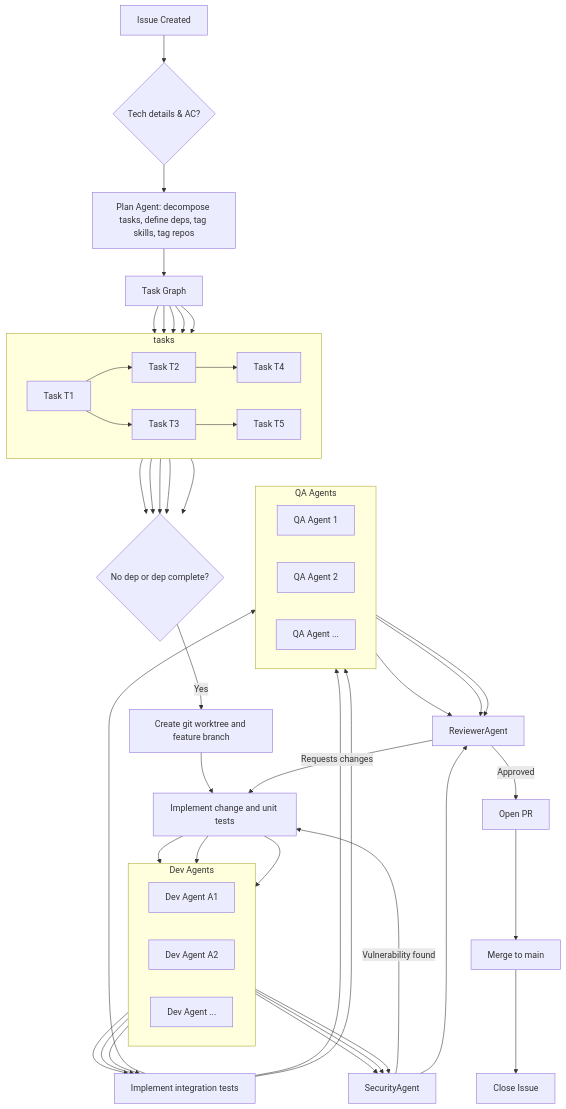
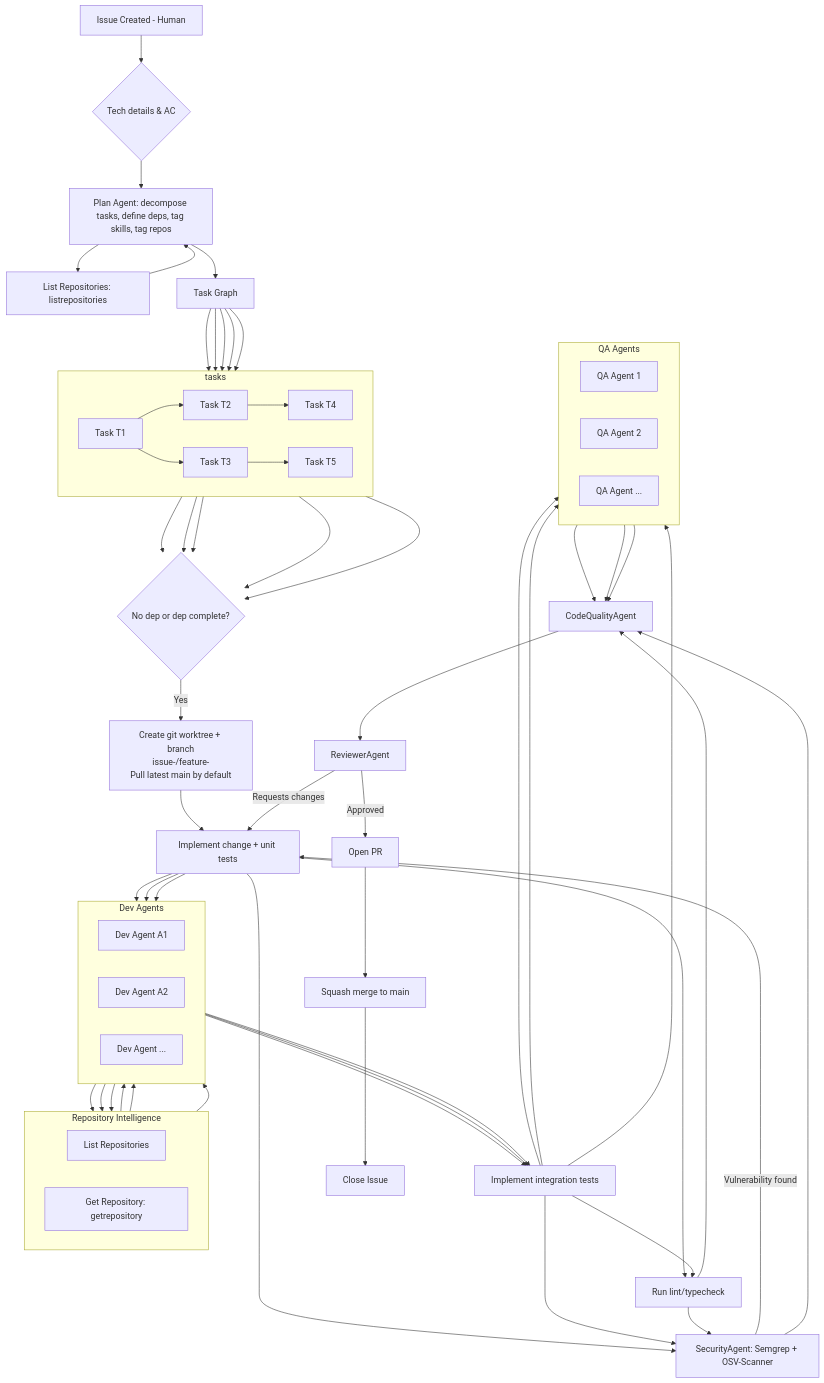
One commit to colbytimm/opencodeloom changed the diagram in .opencode/context/AGENTIC_FLOW.md. Above: the diagram before and after it, drawn with Mermaid. The commit also changed other lines of this file and 16 other files, not shown here.

````diff
--- a/.opencode/context/AGENTIC_FLOW.md
+++ b/.opencode/context/AGENTIC_FLOW.md
@@ -5,7 +5,16 @@
 ```mermaid
 flowchart TD
-  I[Issue Created] --> D{Tech details & AC?}
+  I[Issue Created - Human] --> D{Tech details & AC}
   D --> P[Plan Agent: decompose tasks, define deps, tag skills, tag repos]
+
+  %% Repository awareness
+  P --> LR[List Repositories: listrepositories]
+  LR --> P
+  subgraph repo_discovery[Repository Intelligence]
+    direction LR
+    LR2[List Repositories]
+    GR[Get Repository: getrepository]
+  end
 
   P --> TG[Task Graph]
   subgraph tasks
@@ -21,13 +30,21 @@
   TG --> T4
   TG --> T5
 
+  %% Implementers discover specialization from repositories
   subgraph implementers[Dev Agents]
     direction LR
     A1[Dev Agent A1]
     A2[Dev Agent A2]
     A3[Dev Agent ...]
   end
+  A1 --> GR
+  A2 --> GR
+  A3 --> GR
+  GR --> A1
+  GR --> A2
+  GR --> A3
 
+  %% Dependency-driven pickup
   G{No dep or dep complete?}
   T1 --> G
   T2 --> G
@@ -35,8 +52,8 @@
   T4 --> G
   T5 --> G
 
-  G -- Yes --> WT[Create git worktree and feature branch]
-  WT --> IMP[Implement change and unit tests]
+  G -- Yes --> WT[Create git worktree + branch\nissue-<id>/feature-<slug>\nPull latest main by default]
+  WT --> IMP[Implement change + unit tests]
 
   IMP --> A1
   IMP --> A2
@@ -45,6 +62,10 @@
   A1 --> INTEG[Implement integration tests]
   A2 --> INTEG
   A3 --> INTEG
+
+  LINT[Run lint/typecheck]
+  IMP --> LINT
+  INTEG --> LINT
 
   subgraph qa_agents[QA Agents]
     direction LR
@@ -57,20 +78,24 @@
   INTEG --> Q2
   INTEG --> Q3
 
-  S[SecurityAgent]
-  A1 --> S
-  A2 --> S
-  A3 --> S
+  %% Security runs both pre-PR and on PR
+  S[SecurityAgent: Semgrep + OSV-Scanner]
+  IMP --> S
+  INTEG --> S
+  LINT --> S
   S -- Vulnerability found --> IMP
 
+  CQ[CodeQualityAgent]
   R[ReviewerAgent]
-  Q1 --> R
-  Q2 --> R
-  Q3 --> R
-  S --> R
+  Q1 --> CQ
+  Q2 --> CQ
+  Q3 --> CQ
+  S --> CQ
+  LINT --> CQ
+  CQ --> R
   R -- Requests changes --> IMP
 
   R -- Approved --> MR[Open PR]
-  MR --> MRG[Merge to main]
+  MR --> MRG[Squash merge to main]
   MRG --> CLOSE[Close Issue]
 ```
````
